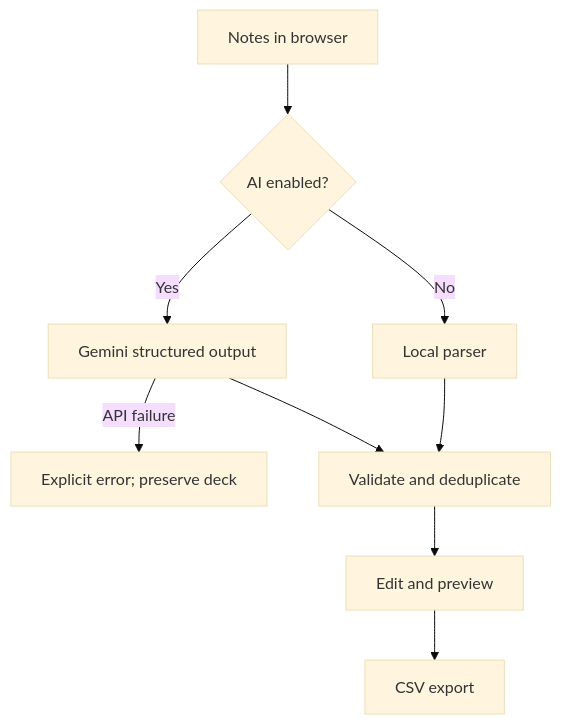
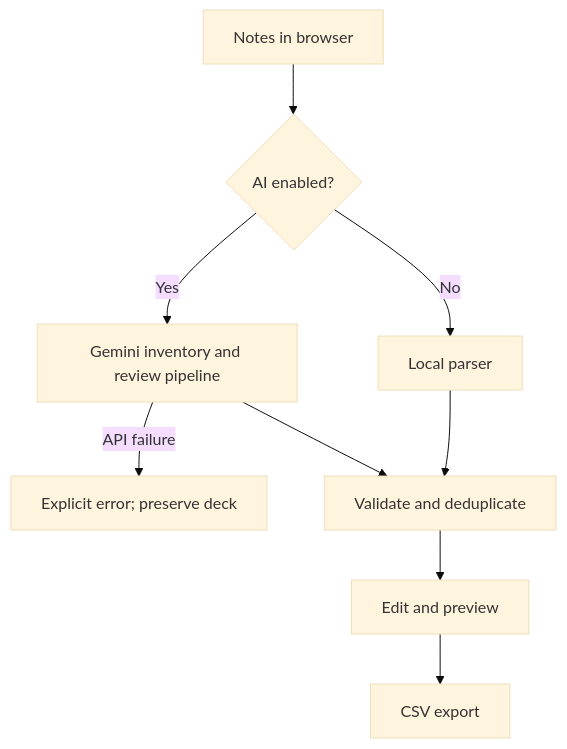
Before and after one commit to kevinhshen/Flashcard-Generator-AI: the diagram in docs/architecture.md, drawn with Mermaid (base theme). The commit also changed other lines of this file and 11 other files, not shown here.

````diff
--- a/docs/architecture.md
+++ b/docs/architecture.md
@@ -9,11 +10,11 @@
 ```mermaid
 flowchart TD
     A[Notes in browser] --> B{AI enabled?}
     B -- No --> C[Local parser]
-    B -- Yes --> D[Gemini structured output]
+    B -- Yes --> D[Gemini inventory and review pipeline]
     D -- API failure --> H[Explicit error; preserve deck]
     C --> E[Validate and deduplicate]
     D --> E
     E --> F[Edit and preview]
     F --> G[CSV export]
 ```
````
